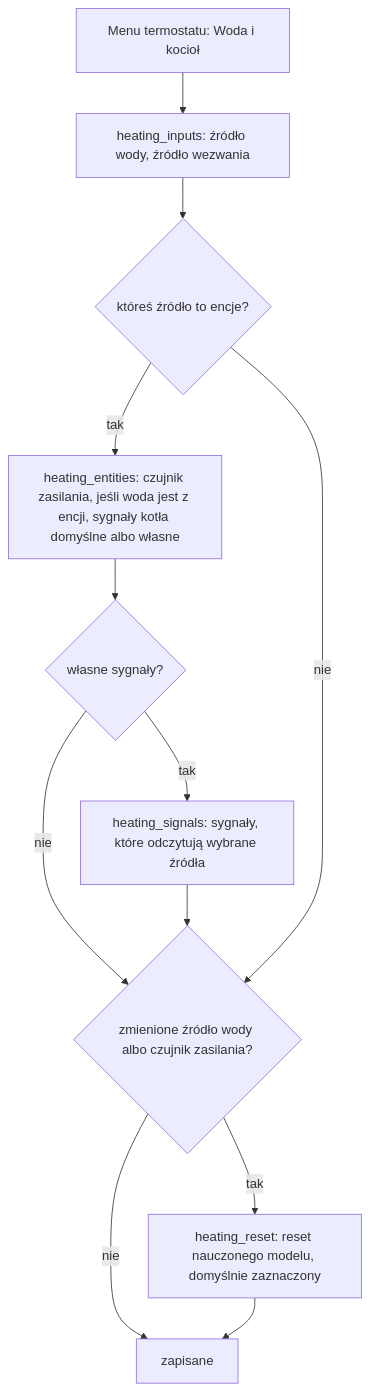
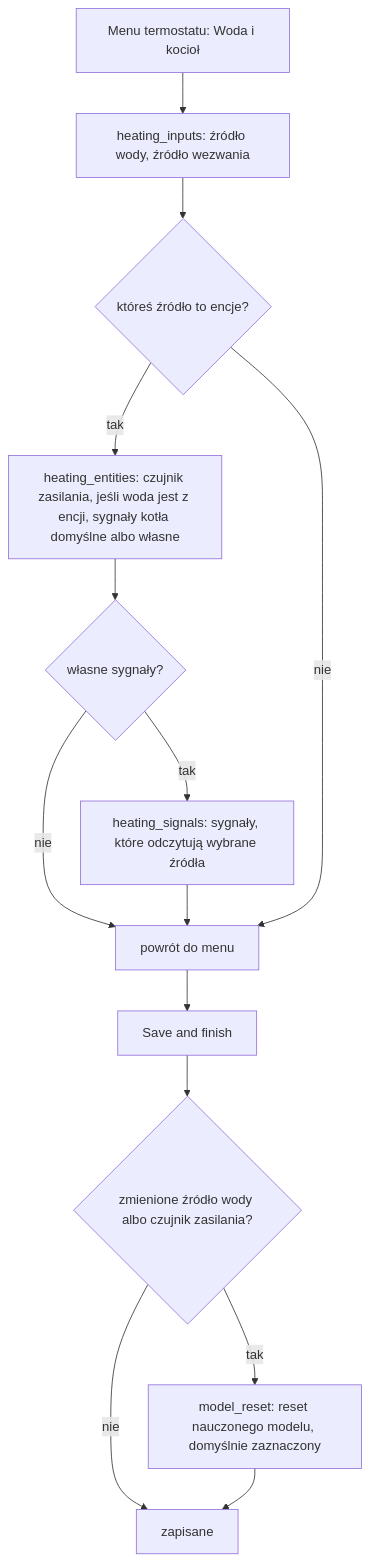
One commit to Shadow-230/vtherm_smartpi changed the first of 6 diagrams in documentation/pl/water_input.md. Above: the diagram before and after it, drawn with Mermaid. The commit also changed other lines of this file and 28 other files, not shown here.

````diff
--- a/documentation/pl/water_input.md
+++ b/documentation/pl/water_input.md
@@ -124,14 +127,16 @@
 ```mermaid
 flowchart TD
     M["Menu termostatu: Woda i kocioł"] --> S["heating_inputs: źródło wody, źródło wezwania"]
     S --> E{"któreś źródło to encje?"}
     E -- tak --> F["heating_entities: czujnik zasilania, jeśli woda jest z encji, sygnały kotła domyślne albo własne"]
     F --> O{"własne sygnały?"}
     O -- tak --> G["heating_signals: sygnały, które odczytują wybrane źródła"]
-    O -- nie --> R
-    G --> R{"zmienione źródło wody albo czujnik zasilania?"}
-    E -- nie --> R
-    R -- tak --> Q["heating_reset: reset nauczonego modelu, domyślnie zaznaczony"]
+    O -- nie --> B["powrót do menu"]
+    G --> B
+    E -- nie --> B
+    B --> SV["Save and finish"]
+    SV --> R{"zmienione źródło wody albo czujnik zasilania?"}
+    R -- tak --> Q["model_reset: reset nauczonego modelu, domyślnie zaznaczony"]
     R -- nie --> V["zapisane"]
     Q --> V
 ```
````
